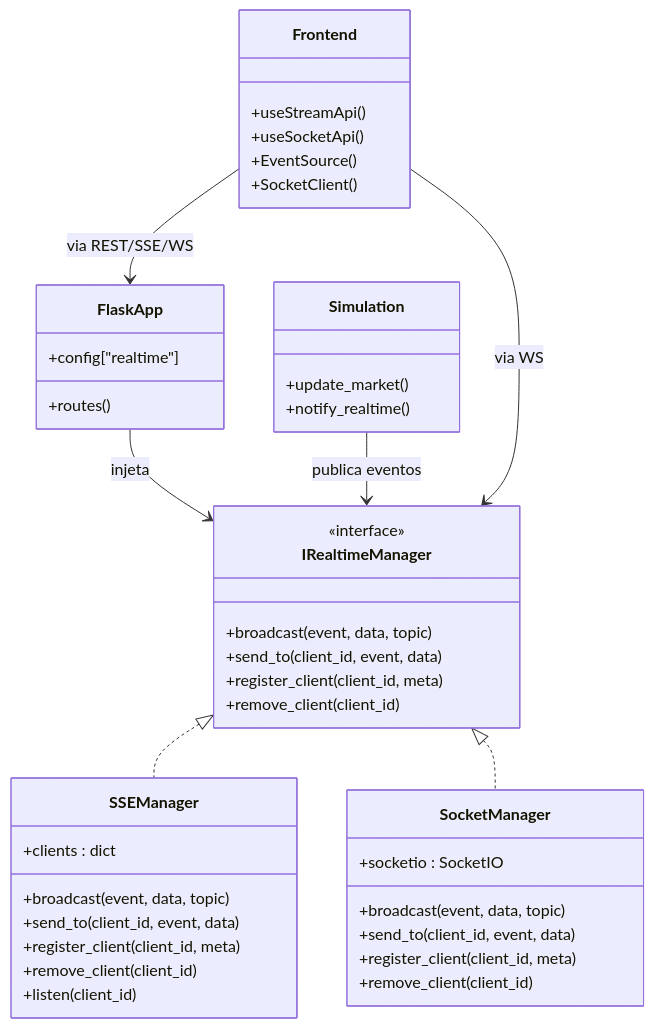
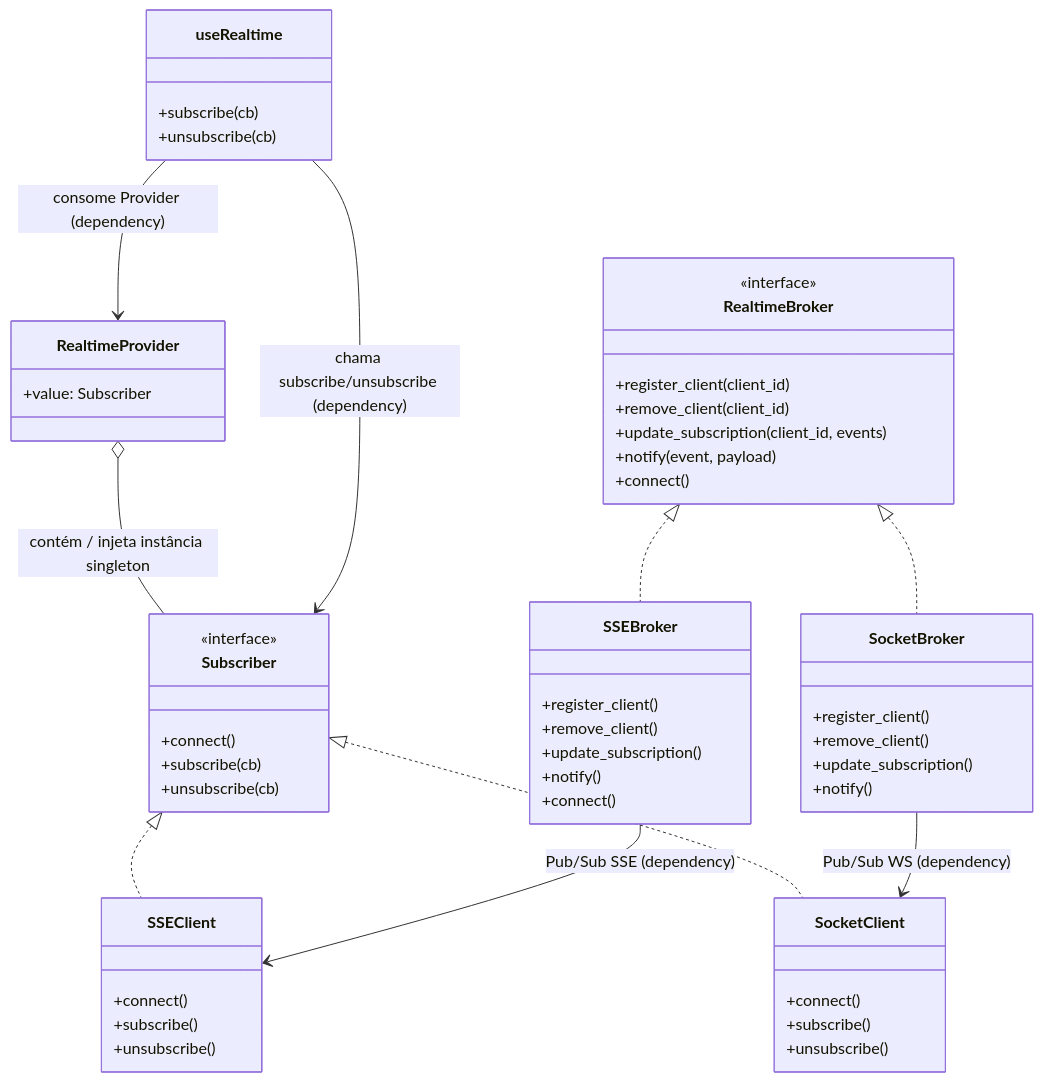
The diagram in CONTRIBUTING.md (LiloMarino/SimuladorFinanceiro), drawn with Mermaid before and after one commit. The commit also changed other lines of this file, not shown here.

Commit message:
docs: :memo: Determinado arquitetura Realtime

````diff
--- a/CONTRIBUTING.md
+++ b/CONTRIBUTING.md
@@ -108,51 +129,75 @@
 ```mermaid
 classDiagram
-    class IRealtimeManager {
-        <<interface>>
-        +broadcast(event, data, topic)
-        +send_to(client_id, event, data)
-        +register_client(client_id, meta)
-        +remove_client(client_id)
-    }
+%% Interfaces
+class RealtimeBroker {
+  <<interface>>
+  +register_client(client_id)
+  +remove_client(client_id)
+  +update_subscription(client_id, events)
+  +notify(event, payload)
+  +connect()
+}
 
-    class SSEManager {
-        +clients : dict
-        +broadcast(event, data, topic)
-        +send_to(client_id, event, data)
-        +register_client(client_id, meta)
-        +remove_client(client_id)
-        +listen(client_id)
-    }
+class Subscriber {
+  <<interface>>
+  +connect()
+  +subscribe(cb)
+  +unsubscribe(cb)
+}
 
-    class SocketManager {
-        +socketio : SocketIO
-        +broadcast(event, data, topic)
-        +send_to(client_id, event, data)
-        +register_client(client_id, meta)
-        +remove_client(client_id)
-    }
+%% Implementações backend
+class SSEBroker {
+  +register_client()
+  +remove_client()
+  +update_subscription()
+  +notify()
+  +connect()
+}
 
-    class Simulation {
-        +update_market()
-        +notify_realtime()
-    }
+class SocketBroker {
+  +register_client()
+  +remove_client()
+  +update_subscription()
+  +notify()
+}
 
-    class FlaskApp {
-        +config["realtime"]
-        +routes()
-    }
+%% Implementações frontend
+class SSEClient {
+  +connect()
+  +subscribe()
+  +unsubscribe()
+}
 
-    class Frontend {
-        +useStreamApi()
-        +useSocketApi()
-        +EventSource()
-        +SocketClient()
-    }
+class SocketClient {
+  +connect()
+  +subscribe()
+  +unsubscribe()
+}
 
-    IRealtimeManager <|.. SSEManager
-    IRealtimeManager <|.. SocketManager
-    FlaskApp --> IRealtimeManager : injeta
-    Simulation --> IRealtimeManager : publica eventos
-    Frontend --> FlaskApp : via REST/SSE/WS
-    Frontend --> IRealtimeManager : via WS
+%% Provider + Hook
+class RealtimeProvider {
+  +value: Subscriber
+}
+
+class useRealtime {
+  +subscribe(cb)
+  +unsubscribe(cb)
+}
+
+%% Relações de implementação
+RealtimeBroker <|.. SSEBroker
+RealtimeBroker <|.. SocketBroker
+Subscriber <|.. SSEClient
+Subscriber <|.. SocketClient
+
+%% Relações frontend
+RealtimeProvider o-- Subscriber : contém / injeta instância singleton
+useRealtime --> RealtimeProvider : consome Provider (dependency)
+useRealtime --> Subscriber : chama subscribe/unsubscribe (dependency)
+
+%% Comunicação pub/sub entre front e back
+SSEBroker --> SSEClient : Pub/Sub SSE (dependency)
+SocketBroker --> SocketClient : Pub/Sub WS (dependency)
+
+
 ```
````
